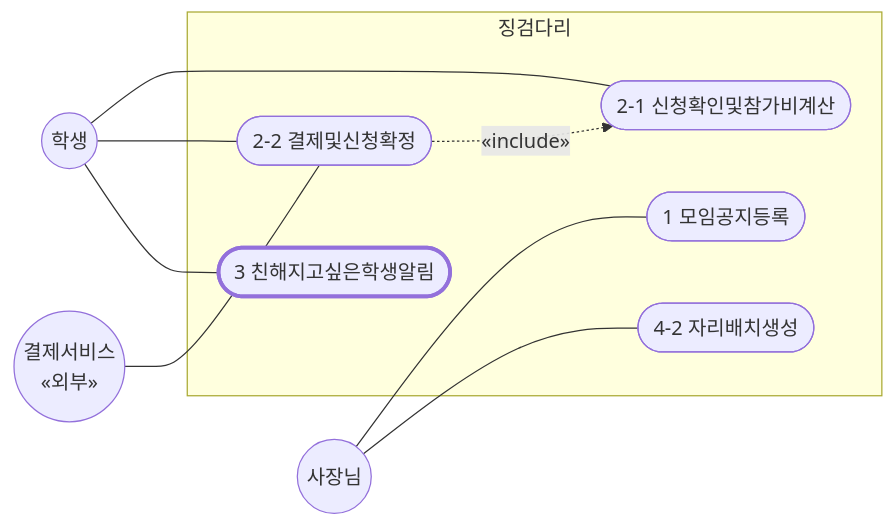
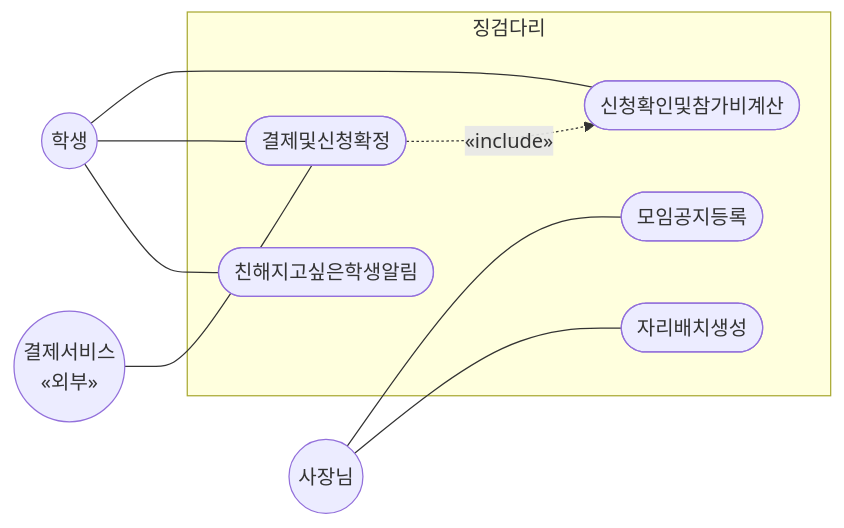
The diagram in presentation/03/1-usecase.md (hojae3/sw-engineering-16), drawn with Mermaid before and after one commit. The commit also changed other lines of this file and 6 other files, not shown here.

````diff
--- a/presentation/03/1-usecase.md
+++ b/presentation/03/1-usecase.md
@@ -9,24 +9,22 @@
 ```mermaid
 flowchart LR
     학생((학생))
     사장님((사장님))
     결제((결제서비스<br/>«외부»))
 
     subgraph 징검다리
-        UC1([1 모임공지등록])
-        UC21([2-1 신청확인및참가비계산])
-        UC22([2-2 결제및신청확정])
-        UC3([3 친해지고싶은학생알림])
-        UC42([4-2 자리배치생성])
+        UC1([모임공지등록])
+        UC21([신청확인및참가비계산])
+        UC22([결제및신청확정])
+        UC3([친해지고싶은학생알림])
+        UC42([자리배치생성])
     end
 
     사장님 --- UC1
     학생 --- UC21
     학생 --- UC22
     결제 --- UC22
     학생 --- UC3
     사장님 --- UC42
     UC22 -. «include» .-> UC21
-
-    style UC3 stroke-width:3px
 ```
````
